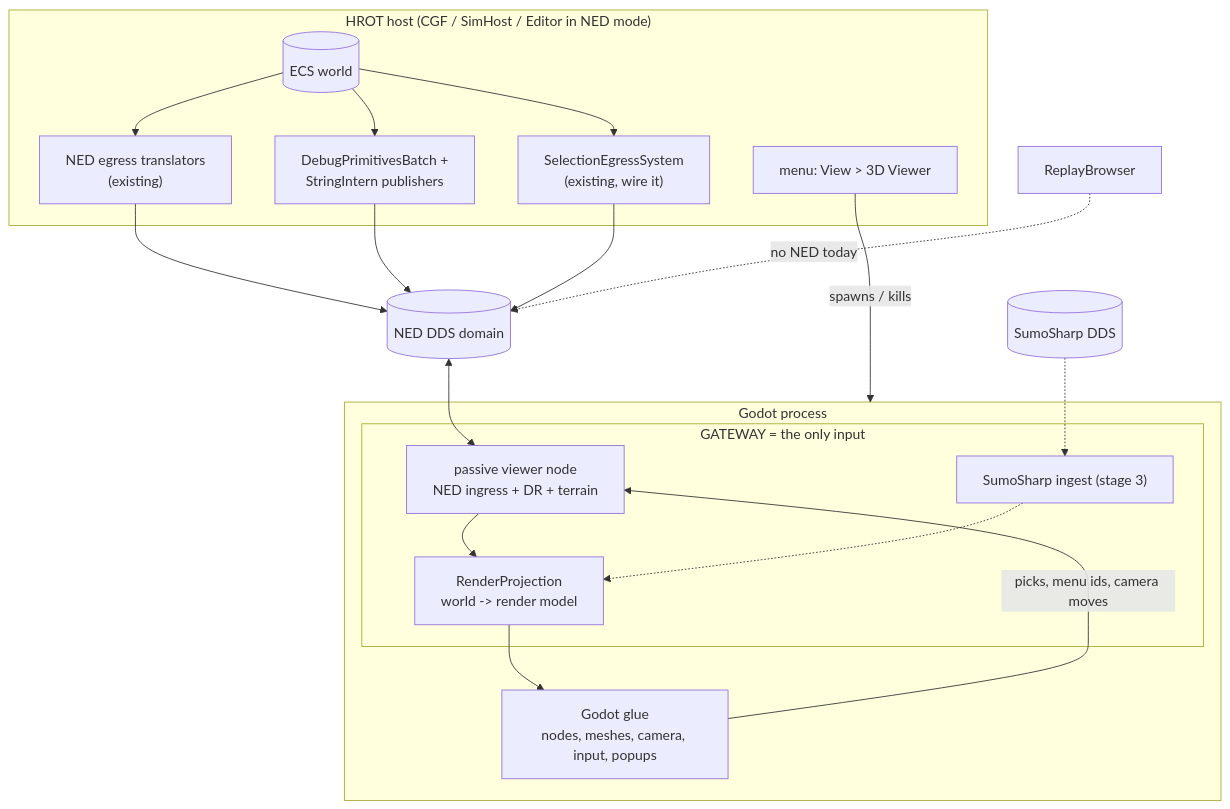
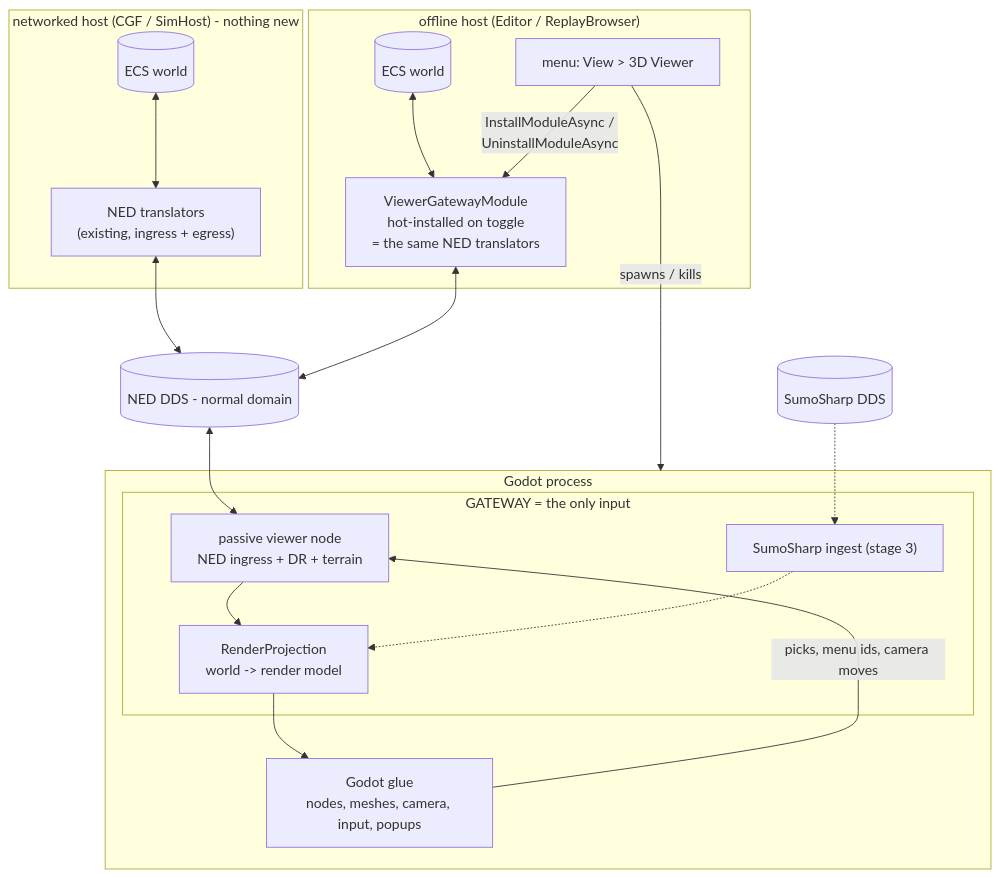
Before and after one commit to pjanec/HROT: the first of 4 diagrams in docs/DESIGN_Godot_3D_Viewer.md, drawn with Mermaid. The commit also changed other lines of this file and 1 other file, not shown here.

````diff
--- a/docs/DESIGN_Godot_3D_Viewer.md
+++ b/docs/DESIGN_Godot_3D_Viewer.md
@@ -154,33 +159,33 @@
 ```mermaid
 graph TD
-  subgraph HOST["HROT host (CGF / SimHost / Editor in NED mode)"]
-    W[(ECS world)]
-    E["NED egress translators<br/>(existing)"]
-    GZ["DebugPrimitivesBatch +<br/>StringIntern publishers"]
-    SE["SelectionEgressSystem<br/>(existing, wire it)"]
+  subgraph NETH["networked host (CGF / SimHost) - nothing new"]
+    W1[(ECS world)]
+    E1["NED translators<br/>(existing, ingress + egress)"]
+    W1 <--> E1
+  end
+  subgraph OFFH["offline host (Editor / ReplayBrowser)"]
+    W2[(ECS world)]
+    GM["ViewerGatewayModule<br/>hot-installed on toggle<br/>= the same NED translators"]
     M["menu: View > 3D Viewer"]
-    W --> E
-    W --> GZ
-    W --> SE
+    W2 <--> GM
+    M -- "InstallModuleAsync /<br/>UninstallModuleAsync" --> GM
   end
-  DDS[(NED DDS domain)]
-  E --> DDS
-  GZ --> DDS
-  SE --> DDS
+  DDS[(NED DDS - normal domain)]
+  E1 <--> DDS
+  GM <--> DDS
   M -- "spawns / kills" --> GP
   subgraph GP["Godot process"]
     subgraph GW["GATEWAY = the only input"]
       VN["passive viewer node<br/>NED ingress + DR + terrain"]
       PJ["RenderProjection<br/>world -> render model"]
       SU["SumoSharp ingest (stage 3)"]
       VN --> PJ
       SU -.-> PJ
     end
     G["Godot glue<br/>nodes, meshes, camera, input, popups"]
     PJ --> G
     G -- "picks, menu ids, camera moves" --> VN
   end
   DDS <--> VN
   SUMO[(SumoSharp DDS)] -.-> SU
-  RB["ReplayBrowser"] -. "no NED today" .-> DDS
 ```
````
